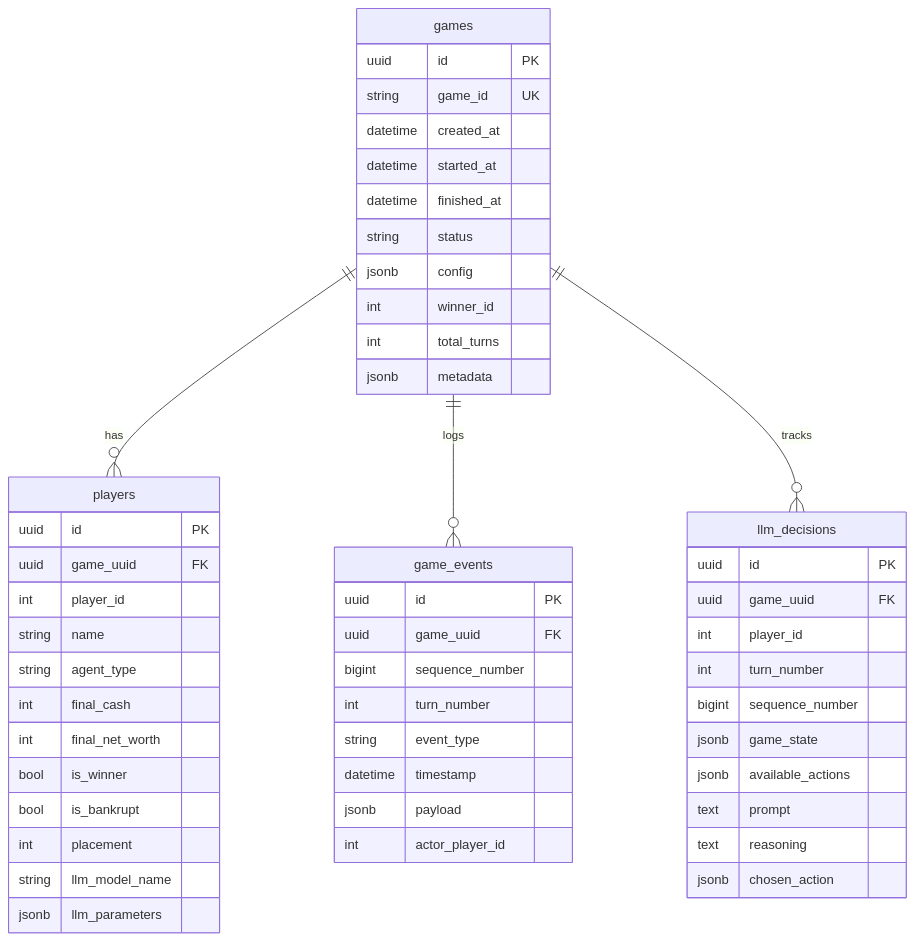
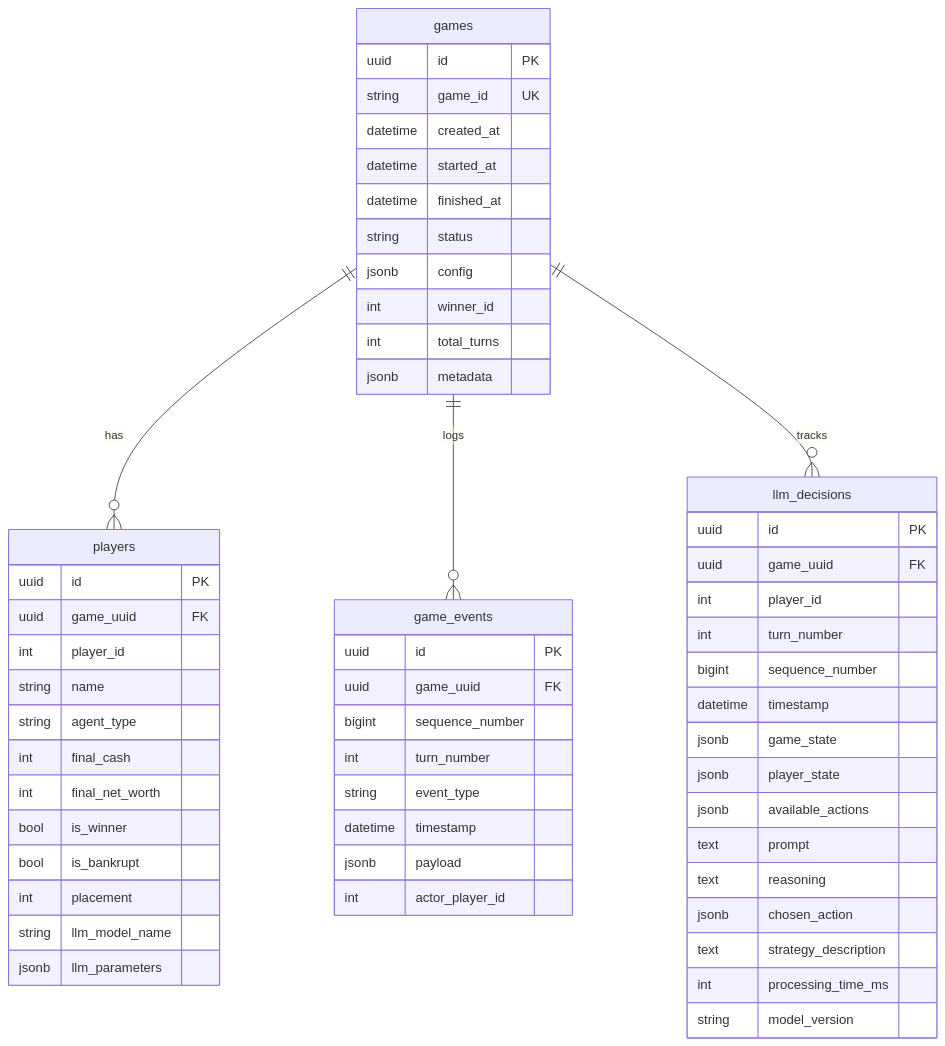
The second of 2 diagrams in docs/server/database/index.md (MalarzDawid/monopoly_game_arena), drawn with Mermaid before and after one commit. The commit also changed other lines of this file and 5 other files, not shown here.

````diff
--- a/docs/server/database/index.md
+++ b/docs/server/database/index.md
@@ -44,58 +44,63 @@
 ```mermaid
 erDiagram
   games ||--o{ players : has
   games ||--o{ game_events : logs
   games ||--o{ llm_decisions : tracks
 
   games {
     uuid id PK
     string game_id UK
     datetime created_at
     datetime started_at
     datetime finished_at
     string status
     jsonb config
     int winner_id
     int total_turns
     jsonb metadata
   }
 
   players {
     uuid id PK
     uuid game_uuid FK
     int player_id
     string name
     string agent_type
     int final_cash
     int final_net_worth
     bool is_winner
     bool is_bankrupt
     int placement
     string llm_model_name
     jsonb llm_parameters
   }
 
   game_events {
     uuid id PK
     uuid game_uuid FK
     bigint sequence_number
     int turn_number
     string event_type
     datetime timestamp
     jsonb payload
     int actor_player_id
   }
 
   llm_decisions {
     uuid id PK
     uuid game_uuid FK
     int player_id
     int turn_number
     bigint sequence_number
+    datetime timestamp
     jsonb game_state
+    jsonb player_state
     jsonb available_actions
     text prompt
     text reasoning
     jsonb chosen_action
+    text strategy_description
+    int processing_time_ms
+    string model_version
   }
 ```
````
